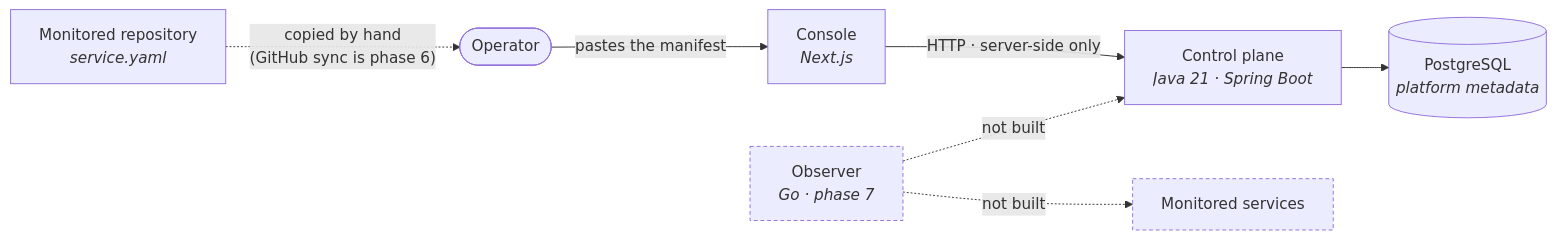
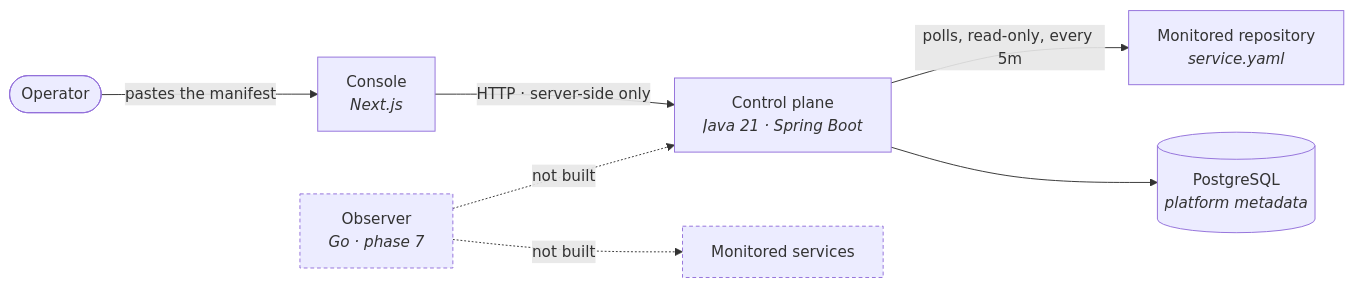
The first of 4 diagrams in docs/architecture/slice-one.md (HoseaCodes/OpsAtlas), drawn with Mermaid before and after one commit. The commit also changed other lines of this file and 3 other files, not shown here.

````diff
--- a/docs/architecture/slice-one.md
+++ b/docs/architecture/slice-one.md
@@ -10,21 +11,21 @@
 ```mermaid
 flowchart LR
     repo["Monitored repository<br/><i>service.yaml</i>"]
     operator(["Operator"])
     console["Console<br/><i>Next.js</i>"]
     cp["Control plane<br/><i>Java 21 · Spring Boot</i>"]
     db[("PostgreSQL<br/><i>platform metadata</i>")]
 
-    repo -. "copied by hand<br/>(GitHub sync is phase 6)" .-> operator
     operator -->|"pastes the manifest"| console
     console -->|"HTTP · server-side only"| cp
+    cp -->|"polls, read-only, every 5m"| repo
     cp --> db
 
     observer["Observer<br/><i>Go · phase 7</i>"]
     services["Monitored services"]
     observer -. "not built" .-> cp
     observer -. "not built" .-> services
 
     style observer stroke-dasharray: 4 3
     style services stroke-dasharray: 4 3
 ```
````
